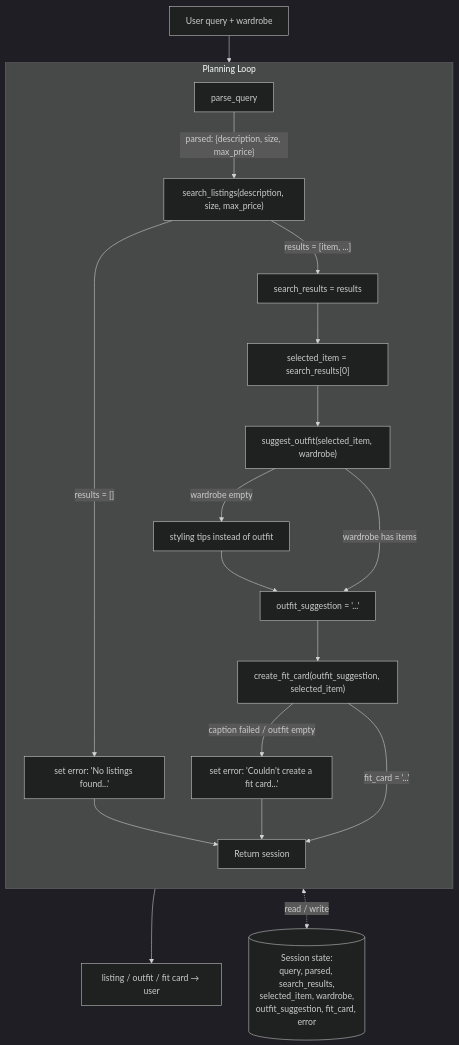
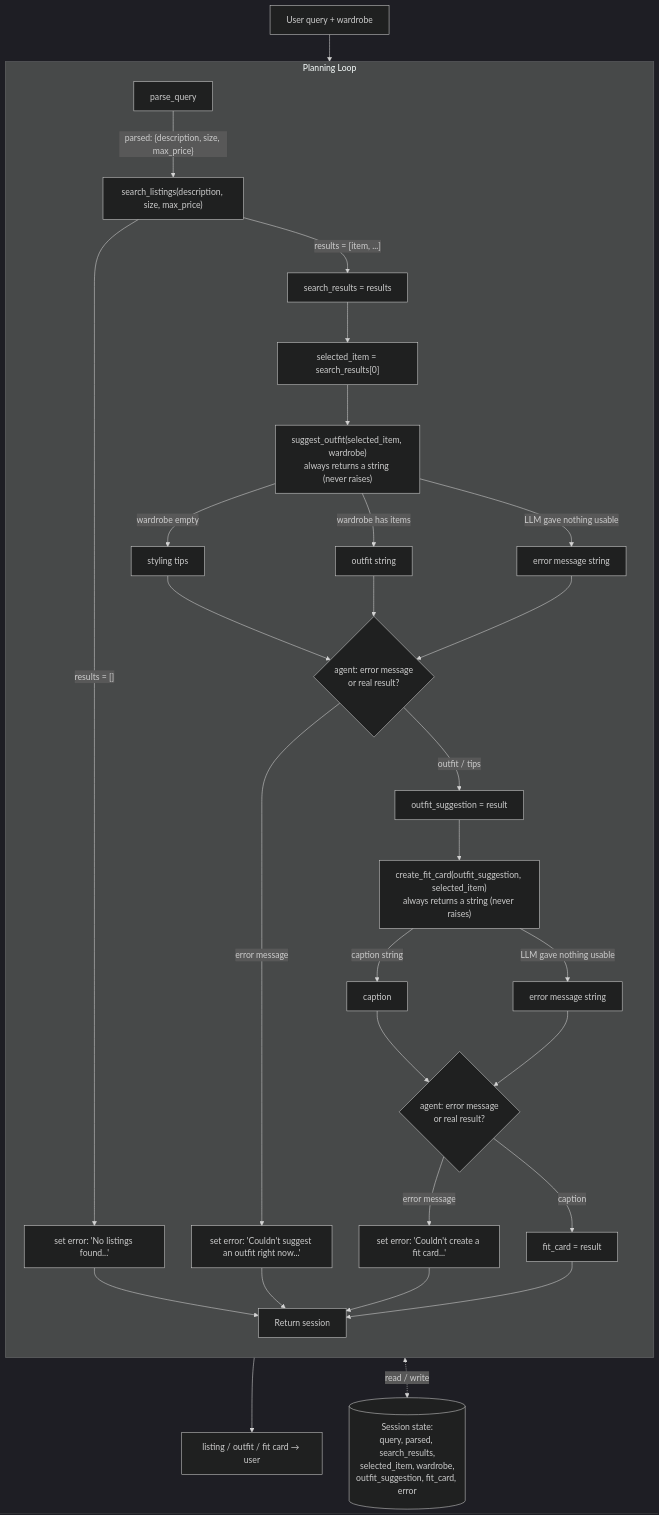
The diagram in planning.md (AndyNguwin/ai201-project2-fitfindr), drawn with Mermaid (dark theme) before and after one commit. The commit also changed other lines of this file, not shown here.

Commit message:
AI Tool planning section filled to describe how I will use AI to assist in this project for every part

````diff
--- a/planning.md
+++ b/planning.md
@@ -151,28 +151,39 @@
 ```mermaid
      flowchart TD
           query[User query + wardrobe] --> parse
 
           subgraph loop[Planning Loop]
                direction TB
                parse[parse_query] -->|"parsed: {description, size, max_price}"| search
                search["search_listings(description, size, max_price)"]
                search -->|"results = []"| ERR["set error: 'No listings found...'"]
                search -->|"results = [item, ...]"| save_results["search_results = results"]
                save_results --> select["selected_item = search_results[0]"]
 
-               select --> suggest["suggest_outfit(selected_item, wardrobe)"]
-               suggest -->|"wardrobe empty"| tips["styling tips instead of outfit"]
-               suggest -->|"wardrobe has items"| outfit["outfit_suggestion = '...'"]
-               tips --> outfit
+               select --> suggest["suggest_outfit(selected_item, wardrobe)<br/>always returns a string (never raises)"]
+               suggest -->|"wardrobe empty"| tips["styling tips"]
+               suggest -->|"wardrobe has items"| outfit["outfit string"]
+               suggest -->|"LLM gave nothing usable"| errmsg1["error message string"]
+               tips --> check_outfit{"agent: error message<br/>or real result?"}
+               outfit --> check_outfit
+               errmsg1 --> check_outfit
+               check_outfit -->|"error message"| ERR2["set error: 'Couldn't suggest an outfit right now...'"]
+               check_outfit -->|"outfit / tips"| result_set["outfit_suggestion = result"]
 
-               outfit --> fit["create_fit_card(outfit_suggestion, selected_item)"]
-               fit -->|"caption failed / outfit empty"| ERR2["set error: 'Couldn't create a fit card...'"]
-               fit -->|"fit_card = '...'"| DONE[Return session]
+               result_set --> fit["create_fit_card(outfit_suggestion, selected_item)<br/>always returns a string (never raises)"]
+               fit -->|"caption string"| good_card["caption"]
+               fit -->|"LLM gave nothing usable"| errmsg2["error message string"]
+               good_card --> check_card{"agent: error message<br/>or real result?"}
+               errmsg2 --> check_card
+               check_card -->|"error message"| ERR3["set error: 'Couldn't create a fit card...'"]
+               check_card -->|"caption"| set_card["fit_card = result"]
+               set_card --> DONE[Return session]
                ERR --> DONE
                ERR2 --> DONE
+               ERR3 --> DONE
           end
 
           DONE --> result[listing / outfit / fit card → user]
 
           loop <-.->|read / write| session[("Session state:<br/>query, parsed, search_results,<br/>selected_item, wardrobe,<br/>outfit_suggestion, fit_card, error")]
 ```
````
